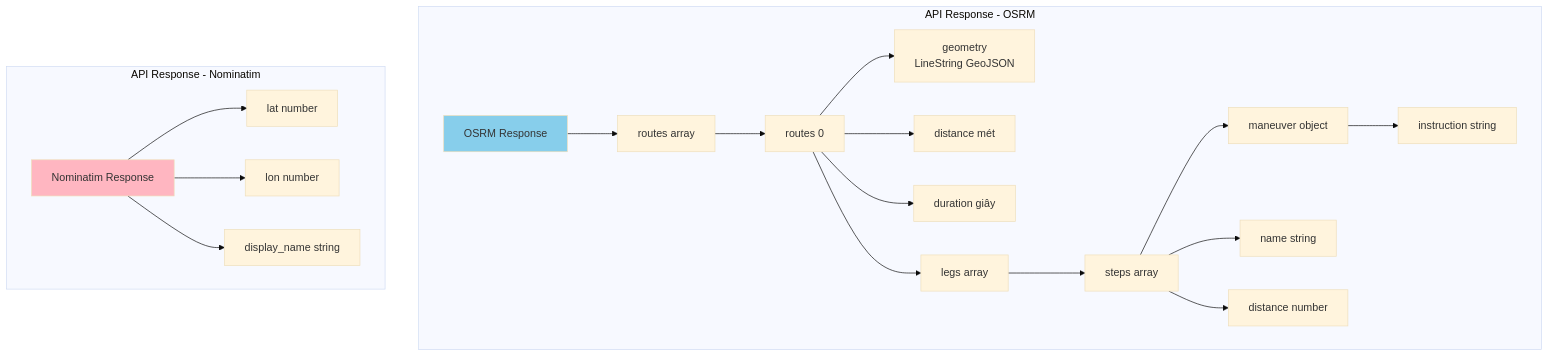
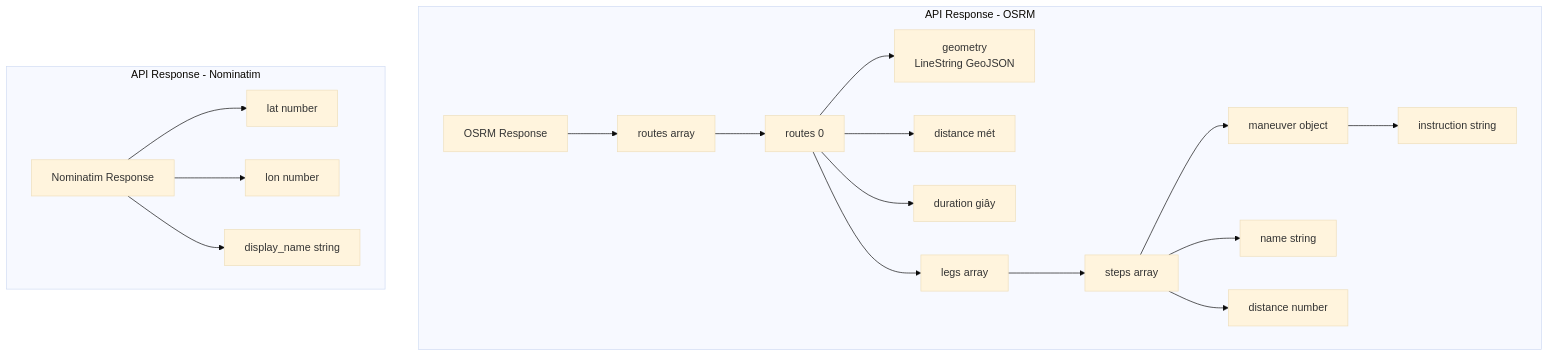
Before and after one commit to vothuctri/----n: the eighth of 8 diagrams in flowchart_test.md, drawn with Mermaid (base theme). The commit also changed other lines of this file and 10 other files, not shown here.

````diff
--- a/flowchart_test.md
+++ b/flowchart_test.md
@@ -200,27 +169,24 @@
 ```mermaid
 graph TB
     subgraph "API Response - OSRM"
         OSRM[OSRM Response]
         OSRM --> Routes[routes array]
         Routes --> Route0[routes 0]
         Route0 --> Geometry[geometry<br/>LineString GeoJSON]
         Route0 --> Distance[distance mét]
         Route0 --> Duration[duration giây]
         Route0 --> Legs[legs array]
         Legs --> Steps[steps array]
         Steps --> Maneuver[maneuver object]
         Maneuver --> Instruction[instruction string]
         Steps --> Name[name string]
         Steps --> Dist[distance number]
     end
     
     subgraph "API Response - Nominatim"
         Nom[Nominatim Response]
         Nom --> Lat[lat number]
         Nom --> Lon[lon number]
         Nom --> Display[display_name string]
     end
-    
-    style OSRM fill:#87CEEB
-    style Nom fill:#FFB6C1
 ```
````
